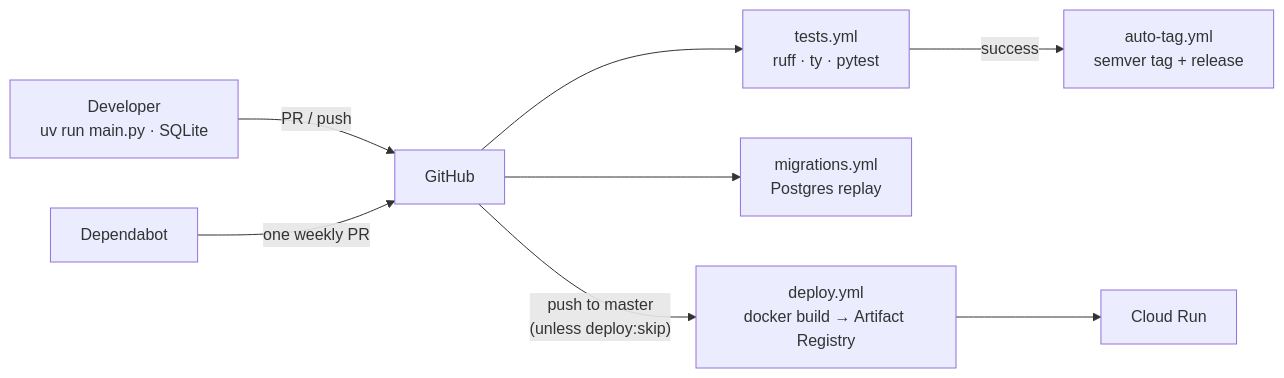
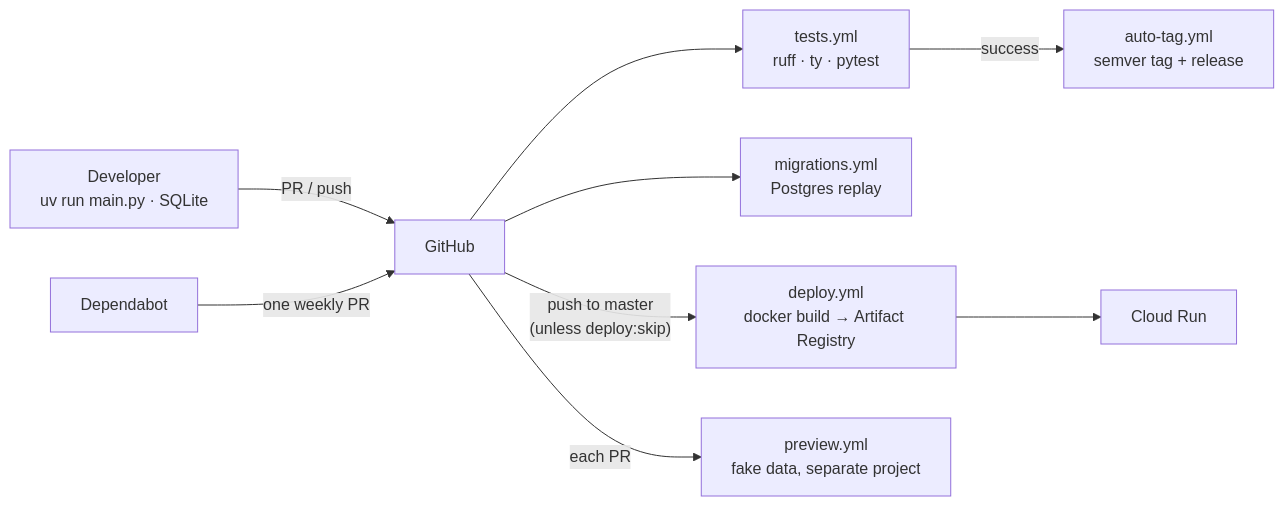
Before and after one commit to jollyolliel/IntegratED: the sixth of 6 diagrams in docs/system-design.md, drawn with Mermaid. The commit also changed other lines of this file and 11 other files, not shown here.

First line of the commit message:
Deploy a preview URL for each pull request

````diff
--- a/docs/system-design.md
+++ b/docs/system-design.md
@@ -189,10 +189,11 @@
 ```mermaid
 flowchart LR
     Dev["Developer<br/>uv run main.py · SQLite"] -- PR / push --> GH[GitHub]
     GH --> T["tests.yml<br/>ruff · ty · pytest"]
     GH --> Mig["migrations.yml<br/>Postgres replay"]
     T -- success --> Tag["auto-tag.yml<br/>semver tag + release"]
     GH -- "push to master<br/>(unless deploy:skip)" --> Dep["deploy.yml<br/>docker build → Artifact Registry"]
     Dep --> CR[Cloud Run]
+    GH -- "each PR" --> Prev["preview.yml<br/>fake data, separate project"]
     Bot[Dependabot] -- one weekly PR --> GH
 ```
````
